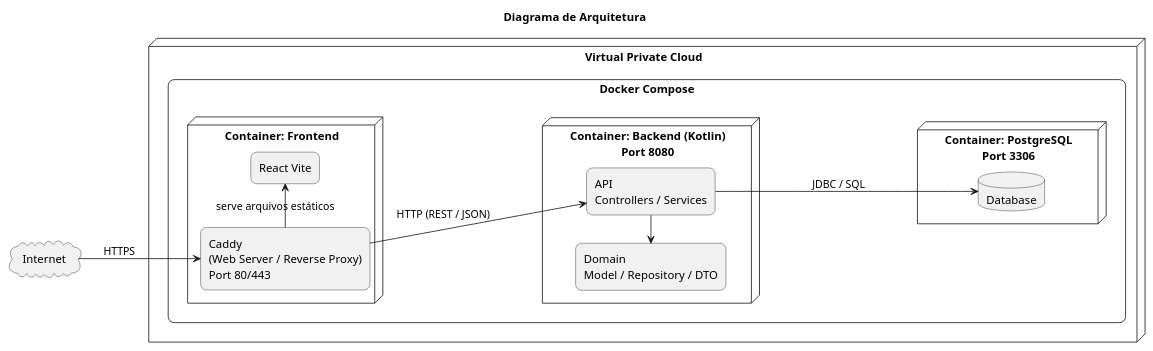
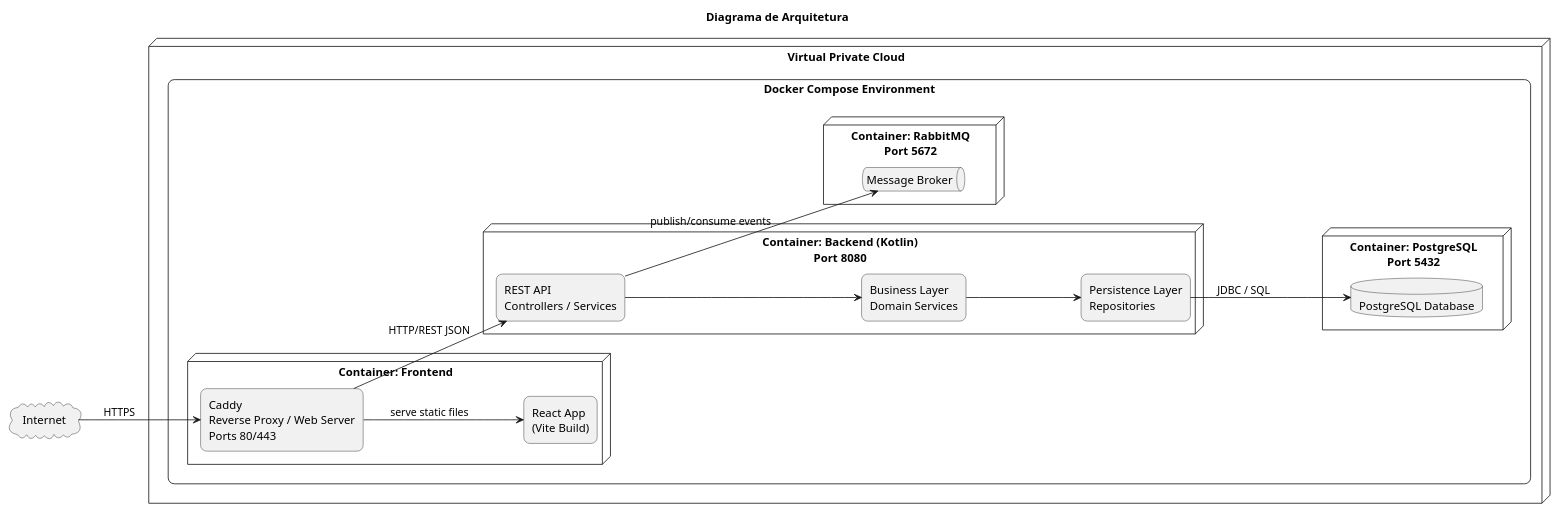
The diagram in docs/sistema.puml (jjoaom/PS-PUCMG-StudentCoin), drawn with PlantUML before and after one commit. The commit also changed 1 other file, not shown here.

Commit message:
update system diagram

```diff
--- a/docs/sistema.puml
+++ b/docs/sistema.puml
@@ -1,44 +1,57 @@
 @startuml
 title Diagrama de Arquitetura
 
 left to right direction
+
 skinparam rectangle {
   RoundCorner 15
 }
 
-' Host
 node "Virtual Private Cloud" {
 
-  ' Rede interna
-  rectangle "Docker Compose" {
+  rectangle "Docker Compose Environment" {
 
-    ' Frontend container
     node "Container: Frontend" {
-      rectangle "Caddy\n(Web Server / Reverse Proxy)\nPort 80/443" as caddy
-      rectangle "React Vite" as react
-      caddy -right-> react : serve arquivos estáticos
+
+      rectangle "Caddy\nReverse Proxy / Web Server\nPorts 80/443" as caddy
+
+      rectangle "React App\n(Vite Build)" as react
+
+      caddy --> react : serve static files
     }
 
-    ' Backend container
     node "Container: Backend (Kotlin)\nPort 8080" {
-      rectangle "API\nControllers / Services" as api
-      rectangle "Domain\nModel / Repository / DTO" as domain
-      api -left-> domain
+
+      rectangle "REST API\nControllers / Services" as api
+
+      rectangle "Business Layer\nDomain Services" as domain
+
+      rectangle "Persistence Layer\nRepositories" as repo
+
+      api --> domain
+      domain --> repo
     }
 
-    ' Database container
-    node "Container: PostgreSQL\nPort 3306" {
-      database "Database" as db
+    node "Container: RabbitMQ\nPort 5672" {
+
+      queue "Message Broker" as mq
     }
 
-    ' Comunicação interna
-    caddy --> api : HTTP (REST / JSON)
-    api --> db : JDBC / SQL
+    node "Container: PostgreSQL\nPort 5432" {
+
+      database "PostgreSQL Database" as db
+    }
+
+    caddy --> api : HTTP/REST JSON
+
+    api --> mq : publish/consume events
+
+    repo --> db : JDBC / SQL
   }
 }
 
-' Exposição externa
-cloud "Internet" {
-}
-Internet --> caddy : HTTPS
+cloud "Internet" as internet
+
+internet --> caddy : HTTPS
+
 @enduml
```
